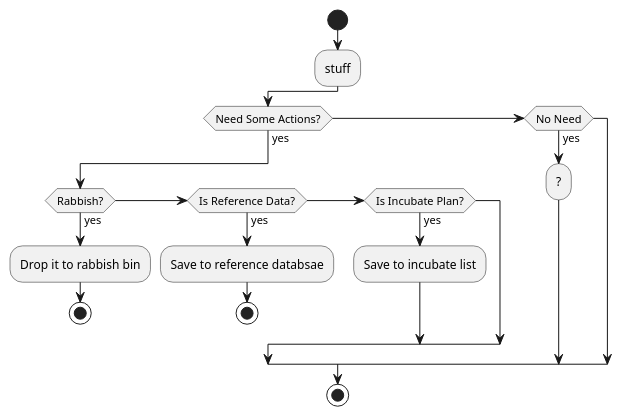
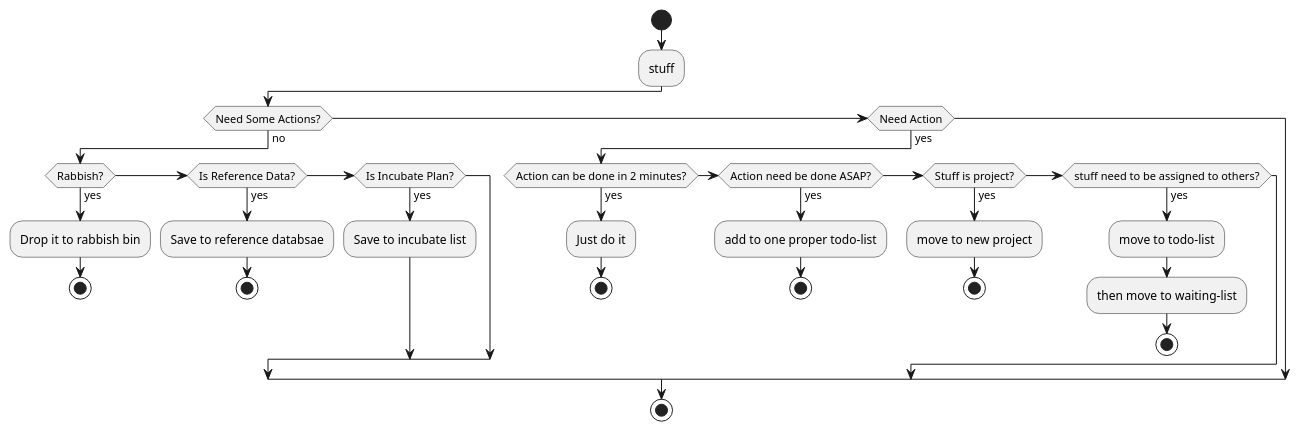
The diagram in gtd-activity.plantuml (caskeep/gtd-working-flow), drawn with PlantUML before and after one commit.

```diff
--- a/gtd-activity.plantuml
+++ b/gtd-activity.plantuml
@@ -1,24 +1,37 @@
 @startuml
 
 start
 
 :stuff;
 
-if (Need Some Actions?) then (yes)
+if (Need Some Actions?) then (no)
     if (Rabbish?) then (yes)
         :Drop it to rabbish bin;
         stop
     elseif (Is Reference Data?) then (yes)
         :Save to reference databsae;
         stop
     elseif (Is Incubate Plan?) then (yes)
         :Save to incubate list;
     endif
-elseif (No Need) then (yes)
-    :?;
+elseif (Need Action) then (yes)
+    if (Action can be done in 2 minutes?) then (yes)
+        :Just do it;
+        stop
+    elseif (Action need be done ASAP?) then (yes)
+        :add to one proper todo-list;
+        stop
+    elseif (Stuff is project?) then (yes)
+        :move to new project;
+        stop
+    elseif (stuff need to be assigned to others?) then (yes)
+        :move to todo-list;
+        :then move to waiting-list;
+        stop
+    endif
 endif
 
 stop
 
 
 @enduml
```
